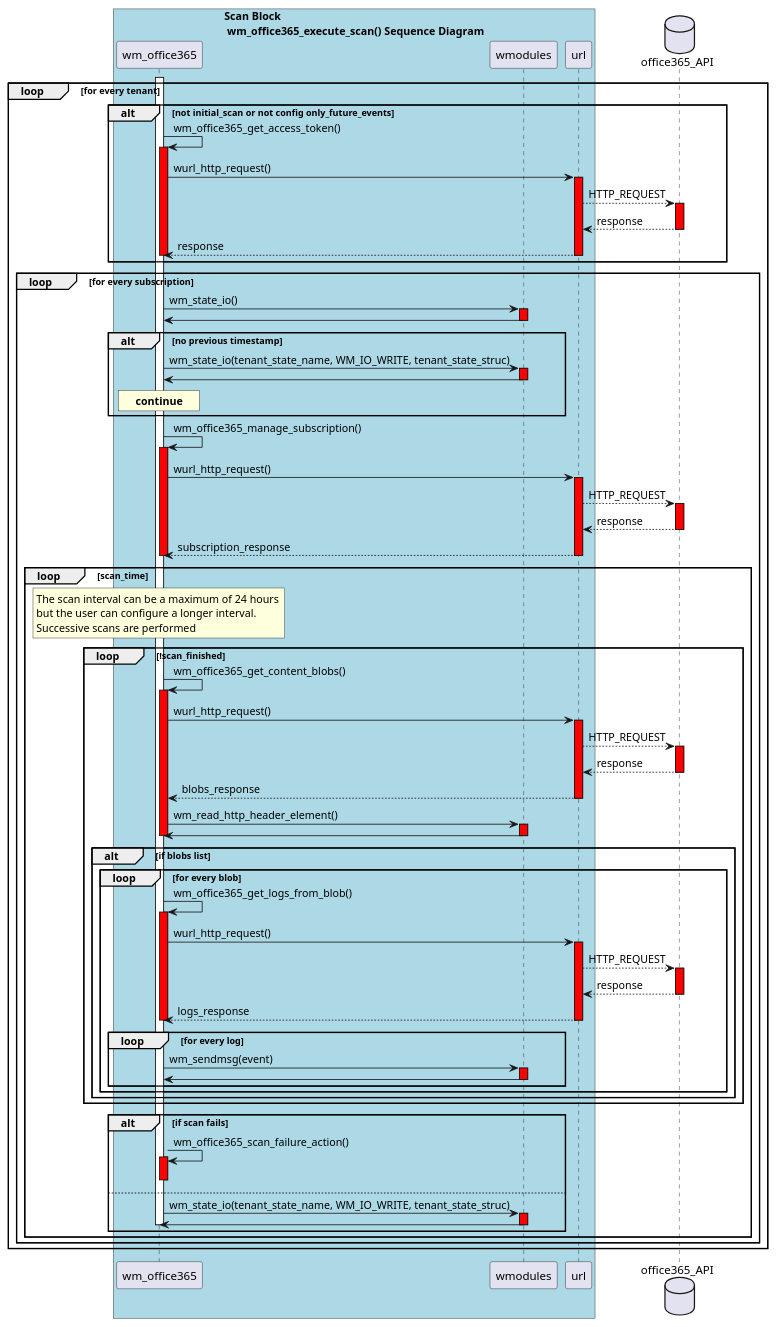
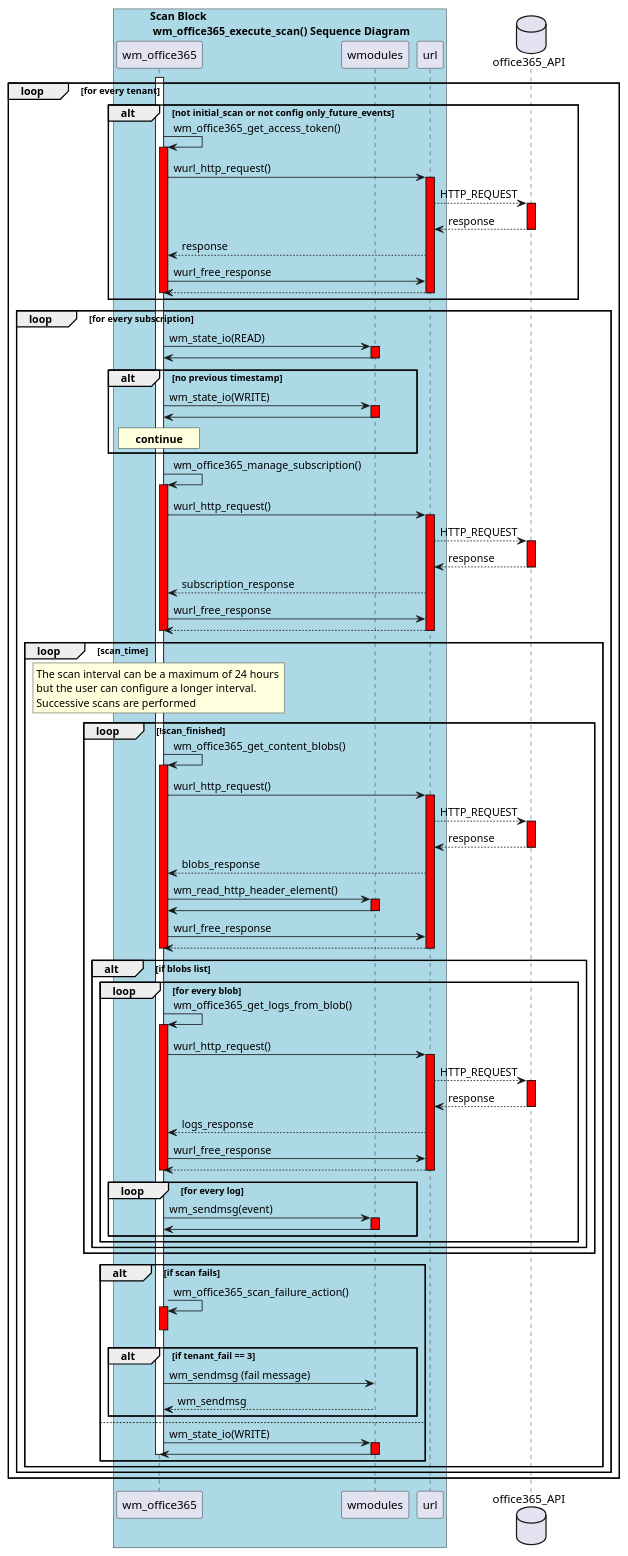
Before and after one commit to wazuh/wazuh-agent: the diagram in architecture/wm_office365/002-sequence-scan-block.puml, drawn with PlantUML. The commit also changed 1 other file, not shown here.

Commit message:
Fixes in the office365 module diagram

```diff
--- a/architecture/wm_office365/002-sequence-scan-block.puml
+++ b/architecture/wm_office365/002-sequence-scan-block.puml
@@ -5,75 +5,87 @@
 @startuml wm_office365
 box "Scan Block \n wm_office365_execute_scan() Sequence Diagram" #LightBlue
 participant wm_office365
 participant wmodules
 participant url
 end box
 
 activate wm_office365
 loop for every tenant
     alt not initial_scan or not config only_future_events
         wm_office365 -> wm_office365 ++ #red : wm_office365_get_access_token()
         wm_office365 -> url ++ #red : wurl_http_request()
         database office365_API
         url --> office365_API ++ #red : HTTP_REQUEST
         office365_API --> url -- #red : response
-        url --> wm_office365 -- #red : response
+        url --> wm_office365 : response
+        wm_office365 -> url : wurl_free_response
+        wm_office365 <-- url -- #red
         deactivate wm_office365
     end
 
     loop for every subscription
-        wm_office365 -> wmodules ++ #red : wm_state_io()
+        wm_office365 -> wmodules ++ #red : wm_state_io(READ)
         wm_office365 <- wmodules -- #red
 
         alt no previous timestamp
-            wm_office365 -> wmodules ++ #red: wm_state_io(tenant_state_name, WM_IO_WRITE, tenant_state_struc)
+            wm_office365 -> wmodules ++ #red: wm_state_io(WRITE)
             wm_office365 <- wmodules -- #red
             rnote over wm_office365, wm_office365: **continue**
         end
 
         wm_office365 -> wm_office365 ++ #red: wm_office365_manage_subscription()
         wm_office365 -> url ++ #red: wurl_http_request()
         url --> office365_API ++ #red : HTTP_REQUEST
         office365_API --> url -- #red : response
-        url --> wm_office365 -- #red : subscription_response
+        url --> wm_office365 : subscription_response
+        wm_office365 -> url : wurl_free_response
+        wm_office365 <-- url -- #red
         deactivate wm_office365
 
         loop scan_time 
             rnote over wm_office365, wm_office365: The scan interval can be a maximum of 24 hours \nbut the user can configure a longer interval.\nSuccessive scans are performed
             loop !scan_finished
                 wm_office365 -> wm_office365 ++ #red: wm_office365_get_content_blobs()
                 wm_office365 -> url ++ #red: wurl_http_request()
                 url --> office365_API ++ #red : HTTP_REQUEST
                 office365_API --> url -- #red : response
-                url --> wm_office365 -- #red : blobs_response
+                url --> wm_office365 : blobs_response
                 wm_office365 -> wmodules ++ #red : wm_read_http_header_element()
                 wm_office365 <- wmodules -- #red
+                wm_office365 -> url : wurl_free_response
+                wm_office365 <-- url -- #red
                 deactivate wm_office365
                 alt if blobs list
                     loop for every blob
                         wm_office365 -> wm_office365 ++ #red : wm_office365_get_logs_from_blob()
                         wm_office365 -> url ++ #red : wurl_http_request()
                         url --> office365_API ++ #red : HTTP_REQUEST
                         office365_API --> url -- #red : response
-                        url --> wm_office365 -- #red : logs_response
+                        url --> wm_office365 : logs_response
+                        wm_office365 -> url : wurl_free_response
+                        wm_office365 <-- url -- #red
                         deactivate wm_office365
                         loop for every log
                             wm_office365 -> wmodules ++ #red : wm_sendmsg(event)
                             wm_office365 <- wmodules -- #red
                         end
                     end
                 end
             end
 
             alt if scan fails
                 wm_office365 -> wm_office365 ++ #red: wm_office365_scan_failure_action()
                 deactivate wm_office365
+                alt if tenant_fail == 3
+                    wm_office365 -> wmodules : wm_sendmsg (fail message)
+                    wm_office365 <-- wmodules : wm_sendmsg
+                end
             else
-                wm_office365 -> wmodules ++ #red : wm_state_io(tenant_state_name, WM_IO_WRITE, tenant_state_struc)
+                wm_office365 -> wmodules ++ #red : wm_state_io(WRITE)
                 wm_office365 <- wmodules -- #red
                 deactivate wm_office365
             end
         end
     end
 end
 @enduml wm_office365
```
